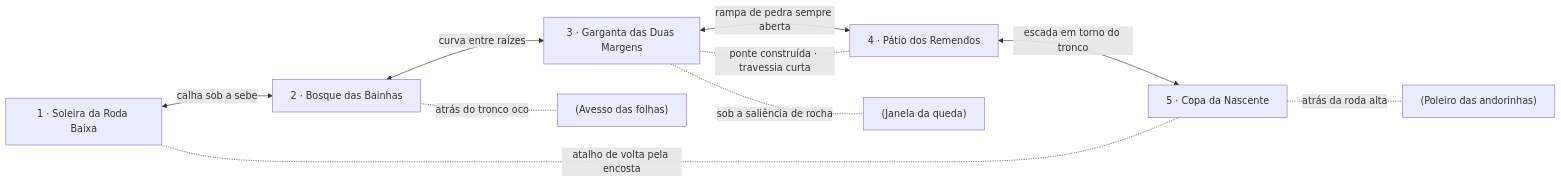
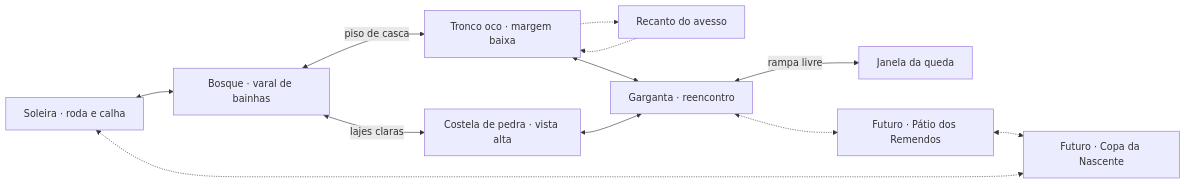
One commit to nellipe/davi-missoes changed the diagram in docs/game-design/visao-aventuras-davi.md. Above: the diagram before and after it, drawn with Mermaid. The commit also changed other lines of this file, not shown here.

Commit message:
Revisa bifurcações, ritmo e revisitas das duas rodas

````diff
--- a/docs/game-design/visao-aventuras-davi.md
+++ b/docs/game-design/visao-aventuras-davi.md
@@ -24,12 +24,14 @@
 ```mermaid
 flowchart LR
-    A["1 · Soleira da Roda Baixa"] <-->|"calha sob a sebe"| B["2 · Bosque das Bainhas"]
-    B <-->|"curva entre raízes"| C["3 · Garganta das Duas Margens"]
-    C <-->|"rampa de pedra sempre aberta"| D["4 · Pátio dos Remendos"]
-    C -. "ponte construída · travessia curta" .- D
-    D <-->|"escada em torno do tronco"| E["5 · Copa da Nascente"]
-    E -. "atalho de volta pela encosta" .- A
-    B -. "atrás do tronco oco" .- F["(Avesso das folhas)"]
-    C -. "sob a saliência de rocha" .- G["(Janela da queda)"]
-    E -. "atrás da roda alta" .- H["(Poleiro das andorinhas)"]
+    A["Soleira · roda e calha"] <--> B["Bosque · varal de bainhas"]
+    B <-->|"piso de casca"| L["Tronco oco · margem baixa"]
+    B <-->|"lajes claras"| H["Costela de pedra · vista alta"]
+    L -.-> F["Recanto do avesso"]
+    F -.-> L
+    L <--> C["Garganta · reencontro"]
+    H <--> C
+    C <-->|"rampa livre"| G["Janela da queda"]
+    C <-.-> D["Futuro · Pátio dos Remendos"]
+    D <-.-> E["Futuro · Copa da Nascente"]
+    E <-.-> A
 ```
````
